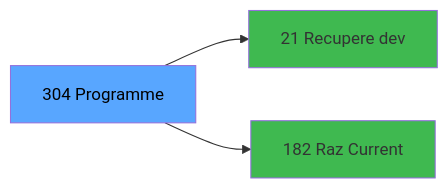
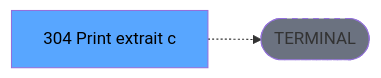
One commit to thonyAGP/lecteur-magic changed the third of 3 diagrams in .openspec/specs/ADH-IDE-304.md. Above: the diagram before and after it, drawn with Mermaid. The commit also changed other lines of this file and 701 other files, not shown here.

````diff
--- a/.openspec/specs/ADH-IDE-304.md
+++ b/.openspec/specs/ADH-IDE-304.md
@@ -131,11 +137,8 @@
 ```mermaid
 graph LR
-    T[304 Programme]
-    C21[21 Recupere dev]
-    T --> C21
-    C182[182 Raz Current ]
-    T --> C182
+    T[304 Print extrait c]
+    TERM([TERMINAL])
+    T -.-> TERM
+    style TERM fill:#6b7280,stroke-dasharray: 5 5
     style T fill:#58a6ff,color:#000
-    style C21 fill:#3fb950
-    style C182 fill:#3fb950
 ```
````
